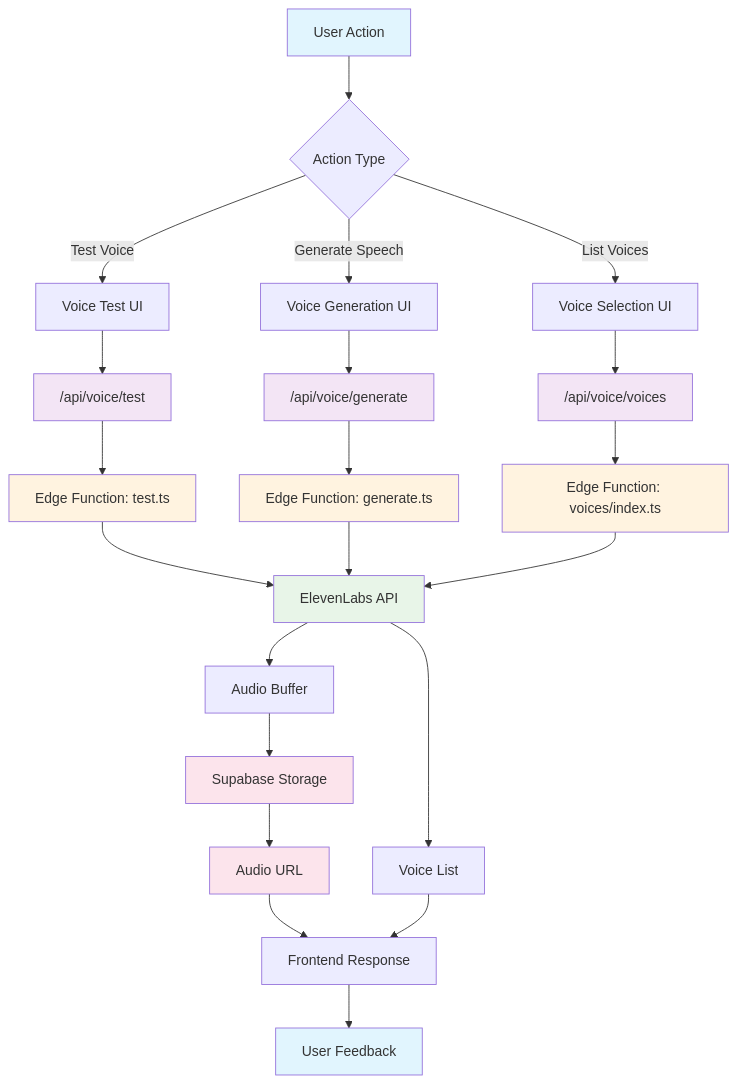
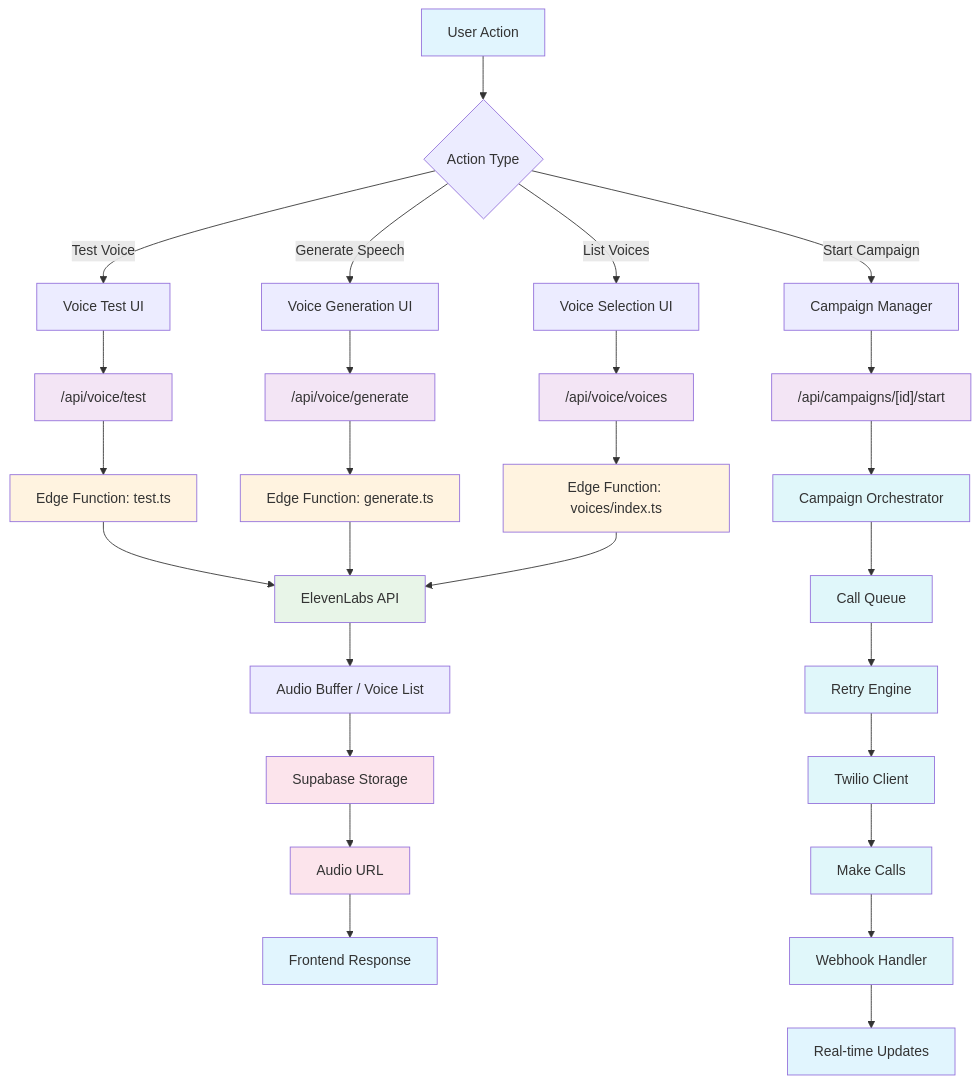
The eighth of 12 diagrams in docs/elevenlabs-architecture.md (callhenk/henk), drawn with Mermaid before and after one commit. The commit also changed other lines of this file, not shown here.

First line of the commit message:
Update ElevenLabs architecture documentation to reflect hybrid system design

````diff
--- a/docs/elevenlabs-architecture.md
+++ b/docs/elevenlabs-architecture.md
@@ -180,43 +318,49 @@
 ```mermaid
 flowchart TD
     A[User Action] --> B{Action Type}
 
     B -->|Test Voice| C[Voice Test UI]
     B -->|Generate Speech| D[Voice Generation UI]
     B -->|List Voices| E[Voice Selection UI]
+    B -->|Start Campaign| F[Campaign Manager]
 
-    C --> F["/api/voice/test"]
-    D --> G["/api/voice/generate"]
-    E --> H["/api/voice/voices"]
+    C --> G["/api/voice/test"]
+    D --> H["/api/voice/generate"]
+    E --> I["/api/voice/voices"]
+    F --> J["/api/campaigns/[id]/start"]
 
-    F --> I[Edge Function: test.ts]
-    G --> J[Edge Function: generate.ts]
-    H --> K[Edge Function: voices/index.ts]
+    G --> K[Edge Function: test.ts]
+    H --> L[Edge Function: generate.ts]
+    I --> M[Edge Function: voices/index.ts]
+    J --> N[Campaign Orchestrator]
 
-    I --> L[ElevenLabs API]
-    J --> L
-    K --> L
+    K --> O[ElevenLabs API]
+    L --> O
+    M --> O
 
-    L --> M[Audio Buffer]
-    L --> N[Voice List]
+    O --> P[Audio Buffer / Voice List]
+    P --> Q[Supabase Storage]
+    Q --> R[Audio URL]
+    R --> S[Frontend Response]
 
-    M --> O[Supabase Storage]
-    O --> P[Audio URL]
-
-    P --> Q[Frontend Response]
-    N --> Q
-
-    Q --> R[User Feedback]
+    N --> T[Call Queue]
+    T --> U[Retry Engine]
+    U --> V[Twilio Client]
+    V --> W[Make Calls]
+    W --> X[Webhook Handler]
+    X --> Y[Real-time Updates]
 
     classDef user fill:#e1f5fe
     classDef api fill:#f3e5f5
     classDef edge fill:#fff3e0
     classDef external fill:#e8f5e8
+    classDef orchestrator fill:#e0f7fa
     classDef storage fill:#fce4ec
 
-    class A,R user
-    class F,G,H api
-    class I,J,K edge
-    class L external
-    class O,P storage
+    class A,S,Y user
+    class G,H,I,J api
+    class K,L,M edge
+    class O external
+    class N,T,U,V,W,X orchestrator
+    class Q,R storage
 ```
````
